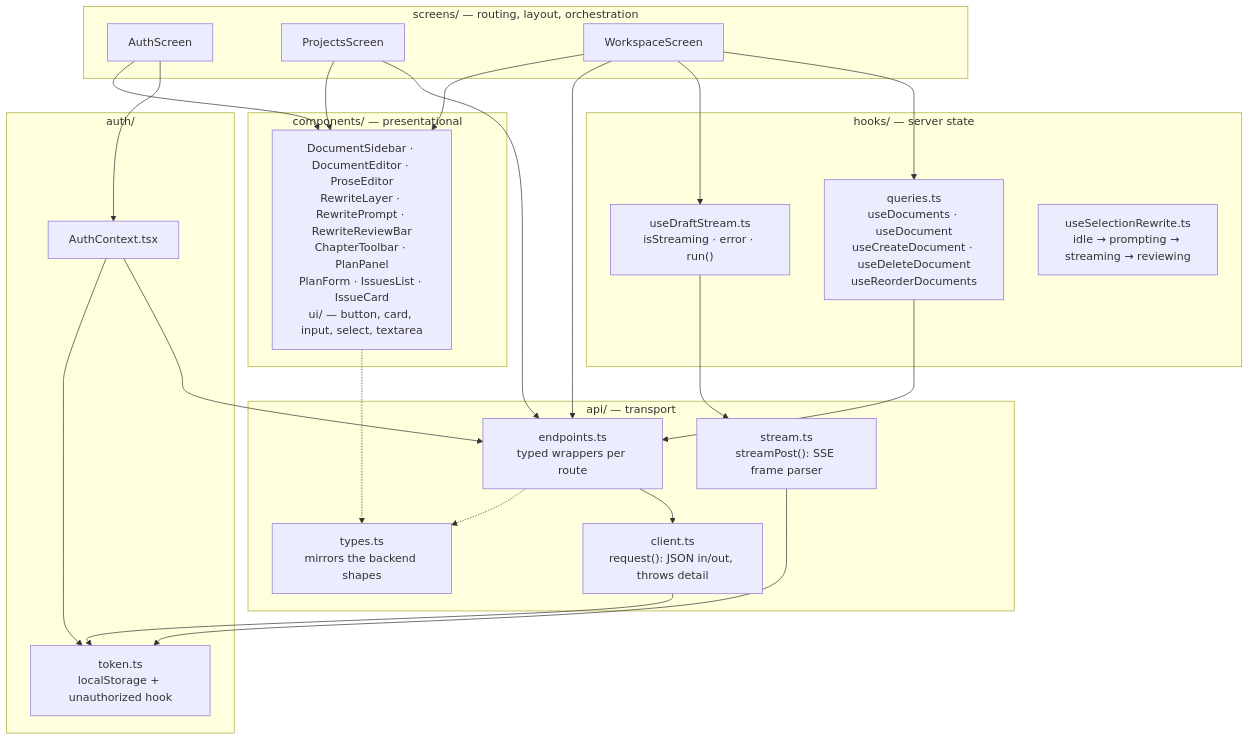
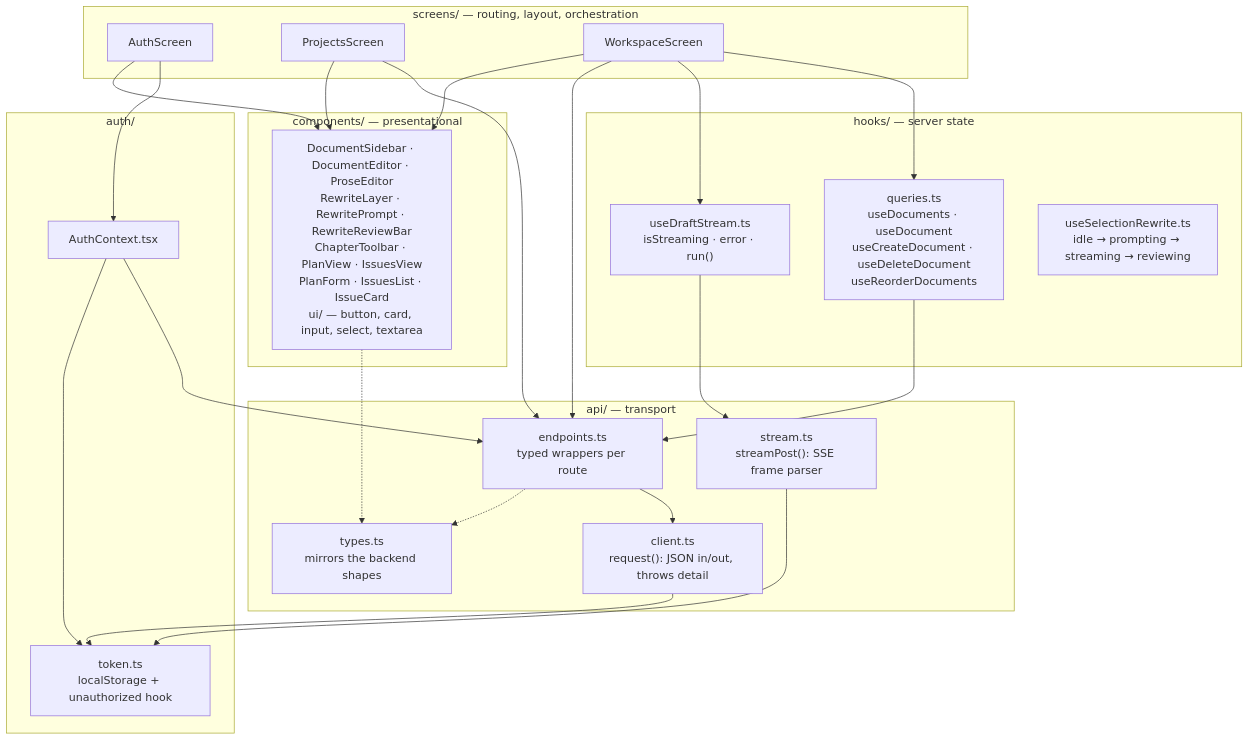
The second of 3 diagrams in docs/diagrams/04-frontend-architecture.md (Akazz-L/maya), drawn with Mermaid before and after one commit. The commit also changed other lines of this file and 13 other files, not shown here.

First line of the commit message:
feat: replace the plan panel with Write / Plan / Issues chapter views

````diff
--- a/docs/diagrams/04-frontend-architecture.md
+++ b/docs/diagrams/04-frontend-architecture.md
@@ -48,50 +50,50 @@
 ```mermaid
 graph TD
     subgraph screens["screens/ — routing, layout, orchestration"]
         AS["AuthScreen"]
         PS["ProjectsScreen"]
         WSS["WorkspaceScreen"]
     end
 
     subgraph components["components/ — presentational"]
-        CMP["DocumentSidebar · DocumentEditor · ProseEditor<br/>RewriteLayer · RewritePrompt · RewriteReviewBar<br/>ChapterToolbar · PlanPanel<br/>PlanForm · IssuesList · IssueCard<br/>ui/ — button, card, input, select, textarea"]
+        CMP["DocumentSidebar · DocumentEditor · ProseEditor<br/>RewriteLayer · RewritePrompt · RewriteReviewBar<br/>ChapterToolbar · PlanView · IssuesView<br/>PlanForm · IssuesList · IssueCard<br/>ui/ — button, card, input, select, textarea"]
     end
 
     subgraph hooks["hooks/ — server state"]
         Q["queries.ts<br/>useDocuments · useDocument<br/>useCreateDocument · useDeleteDocument<br/>useReorderDocuments"]
         DS["useDraftStream.ts<br/>isStreaming · error · run()"]
         SR["useSelectionRewrite.ts<br/>idle → prompting → streaming → reviewing"]
     end
 
     subgraph api["api/ — transport"]
         EP["endpoints.ts<br/>typed wrappers per route"]
         CL["client.ts<br/>request(): JSON in/out, throws detail"]
         ST["stream.ts<br/>streamPost(): SSE frame parser"]
         TY["types.ts<br/>mirrors the backend shapes"]
     end
 
     subgraph auth["auth/"]
         AC["AuthContext.tsx"]
         TK["token.ts<br/>localStorage + unauthorized hook"]
     end
 
     AS --> AC
     PS --> EP
     WSS --> Q
     WSS --> DS
     WSS --> EP
     WSS --> CMP
     PS --> CMP
     AS --> CMP
     Q --> EP
     DS --> ST
     EP --> CL
     CL --> TK
     ST --> TK
     AC --> EP
     AC --> TK
     EP -.-> TY
     CMP -.-> TY
 
     classDef layer fill:#f7f7f2,stroke:#999
 ```
````
